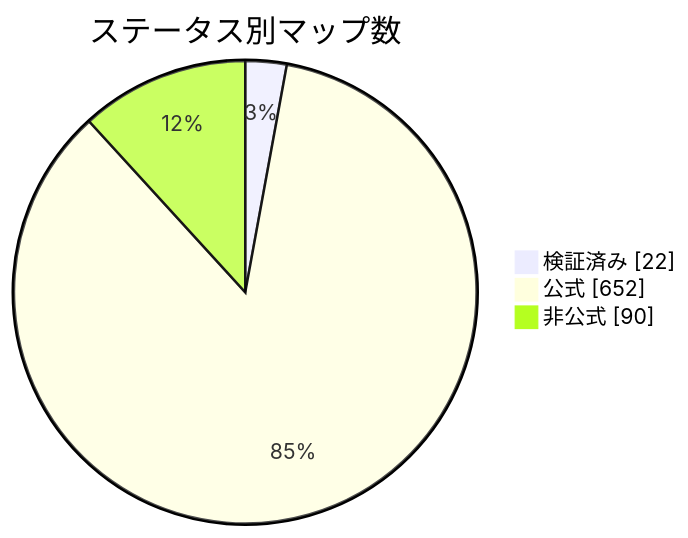
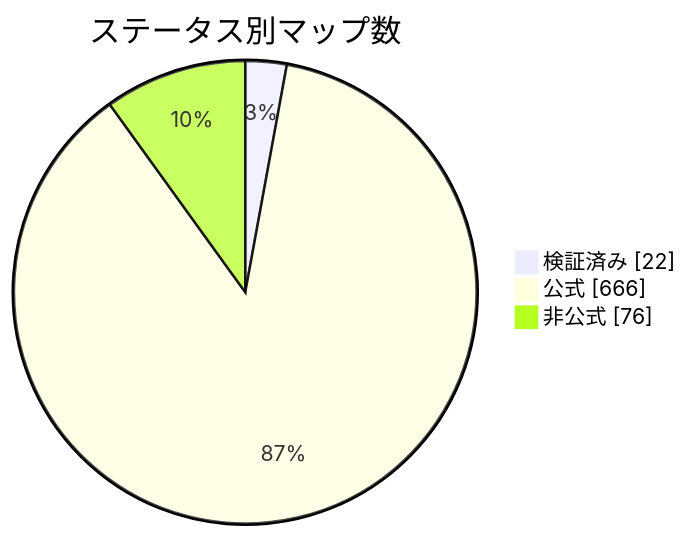
The diagram in docs/readme/README_JP.md (nobrega8/mbmap-library), drawn with Mermaid before and after one commit. The commit also changed 5 other files, not shown here.

````diff
--- a/docs/readme/README_JP.md
+++ b/docs/readme/README_JP.md
@@ -54,7 +54,7 @@
 ```mermaid
 pie showData
     title ステータス別マップ数
     "検証済み" : 22
-    "公式" : 652
-    "非公式" : 90
+    "公式" : 666
+    "非公式" : 76
 ```
````
